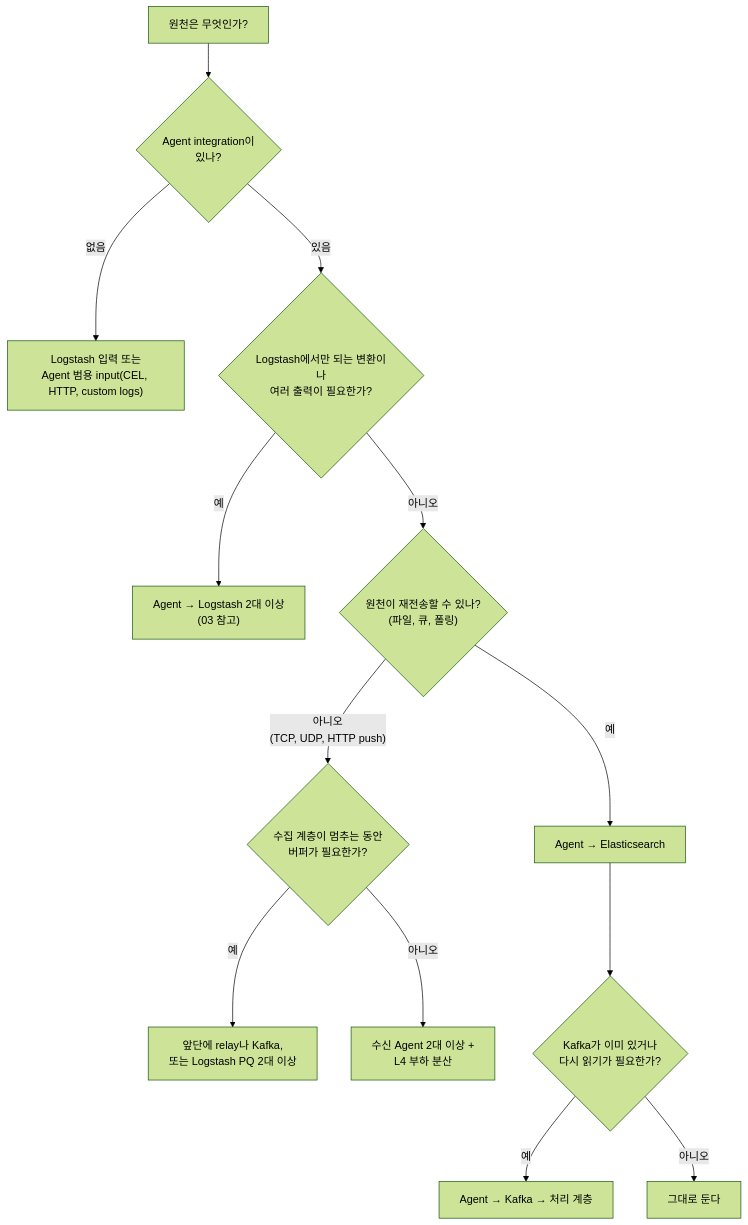
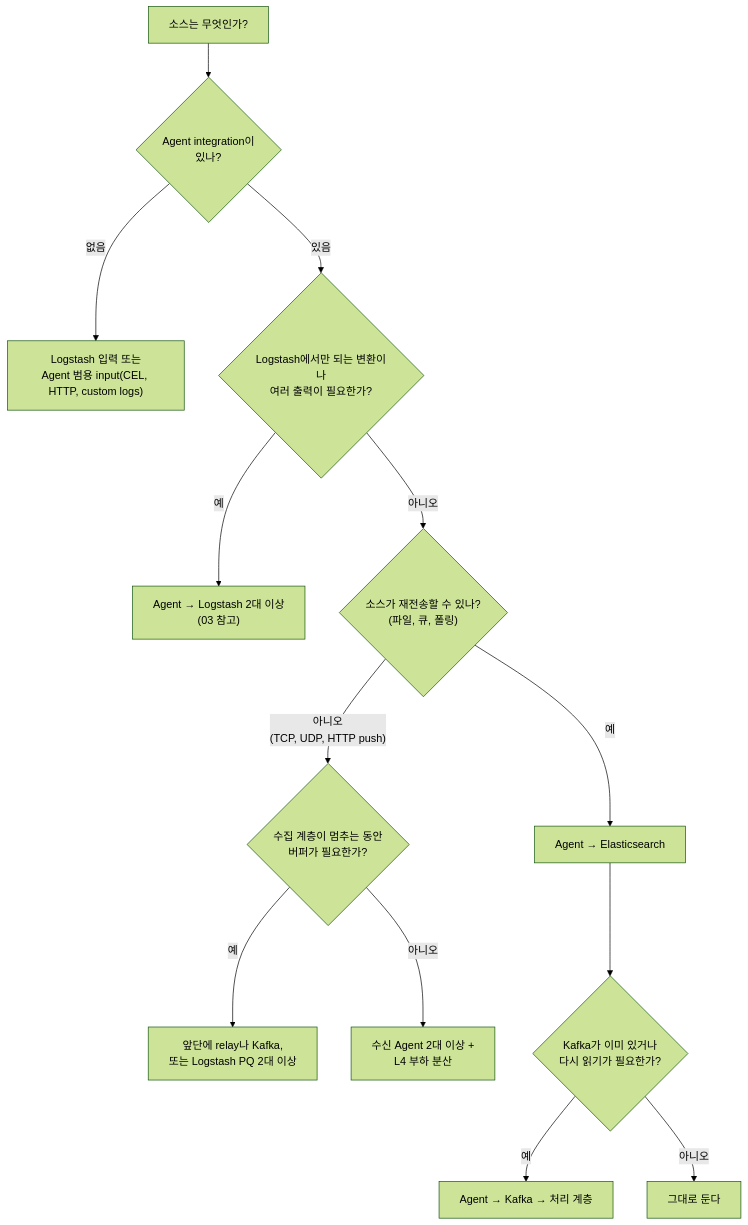
Before and after one commit to Munsik/engineering-notes: the diagram in src/content/docs/ingest/01-choose-collector.md, drawn with Mermaid (forest theme). The commit also changed other lines of this file and 65 other files, not shown here.

````diff
--- a/src/content/docs/ingest/01-choose-collector.md
+++ b/src/content/docs/ingest/01-choose-collector.md
@@ -69,15 +69,15 @@
 ```mermaid
 flowchart TD
-    A["원천은 무엇인가?"] --> B{"Agent integration이<br/>있나?"}
+    A["소스는 무엇인가?"] --> B{"Agent integration이<br/>있나?"}
     B -- 없음 --> L1["Logstash 입력 또는<br/>Agent 범용 input(CEL, HTTP, custom logs)"]
     B -- 있음 --> C{"Logstash에서만 되는 변환이나<br/>여러 출력이 필요한가?"}
     C -- 예 --> L2["Agent → Logstash 2대 이상<br/>(03 참고)"]
-    C -- 아니오 --> D{"원천이 재전송할 수 있나?<br/>(파일, 큐, 폴링)"}
+    C -- 아니오 --> D{"소스가 재전송할 수 있나?<br/>(파일, 큐, 폴링)"}
     D -- 예 --> E["Agent → Elasticsearch"]
     D -- "아니오<br/>(TCP, UDP, HTTP push)" --> F{"수집 계층이 멈추는 동안<br/>버퍼가 필요한가?"}
     F -- 예 --> G["앞단에 relay나 Kafka,<br/>또는 Logstash PQ 2대 이상"]
     F -- 아니오 --> H["수신 Agent 2대 이상 +<br/>L4 부하 분산"]
     E --> I{"Kafka가 이미 있거나<br/>다시 읽기가 필요한가?"}
     I -- 예 --> K["Agent → Kafka → 처리 계층"]
     I -- 아니오 --> E2["그대로 둔다"]
 ```
````
